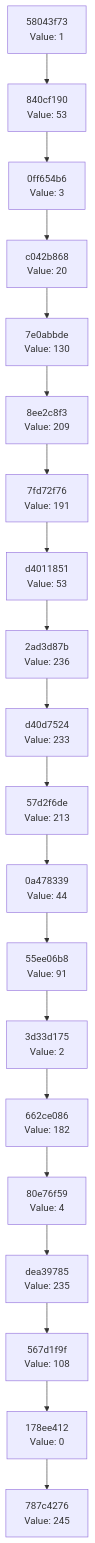
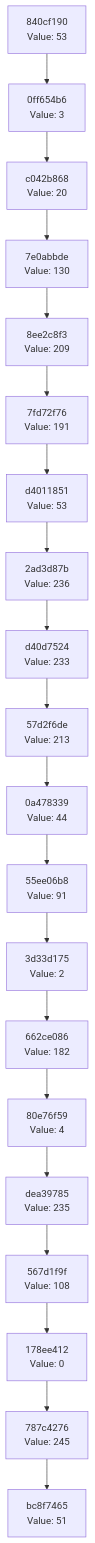
The diagram in docs/CHAIN_VISUALIZATION.md (Abhisheksinha1506/hash-chain-evolver), drawn with Mermaid before and after one commit. The commit also changed 2 other files, not shown here.

Commit message:
Evolution Step

````diff
--- a/docs/CHAIN_VISUALIZATION.md
+++ b/docs/CHAIN_VISUALIZATION.md
@@ -3,42 +3,42 @@
 ```mermaid
 graph TD
-    C0["787c4276<br/>Value: 245"]
-    C1["178ee412<br/>Value: 0"]
+    C0["bc8f7465<br/>Value: 51"]
+    C1["787c4276<br/>Value: 245"]
     C1 --> C0
-    C2["567d1f9f<br/>Value: 108"]
+    C2["178ee412<br/>Value: 0"]
     C2 --> C1
-    C3["dea39785<br/>Value: 235"]
+    C3["567d1f9f<br/>Value: 108"]
     C3 --> C2
-    C4["80e76f59<br/>Value: 4"]
+    C4["dea39785<br/>Value: 235"]
     C4 --> C3
-    C5["662ce086<br/>Value: 182"]
+    C5["80e76f59<br/>Value: 4"]
     C5 --> C4
-    C6["3d33d175<br/>Value: 2"]
+    C6["662ce086<br/>Value: 182"]
     C6 --> C5
-    C7["55ee06b8<br/>Value: 91"]
+    C7["3d33d175<br/>Value: 2"]
     C7 --> C6
-    C8["0a478339<br/>Value: 44"]
+    C8["55ee06b8<br/>Value: 91"]
     C8 --> C7
-    C9["57d2f6de<br/>Value: 213"]
+    C9["0a478339<br/>Value: 44"]
     C9 --> C8
-    C10["d40d7524<br/>Value: 233"]
+    C10["57d2f6de<br/>Value: 213"]
     C10 --> C9
-    C11["2ad3d87b<br/>Value: 236"]
+    C11["d40d7524<br/>Value: 233"]
     C11 --> C10
-    C12["d4011851<br/>Value: 53"]
+    C12["2ad3d87b<br/>Value: 236"]
     C12 --> C11
-    C13["7fd72f76<br/>Value: 191"]
+    C13["d4011851<br/>Value: 53"]
     C13 --> C12
-    C14["8ee2c8f3<br/>Value: 209"]
+    C14["7fd72f76<br/>Value: 191"]
     C14 --> C13
-    C15["7e0abbde<br/>Value: 130"]
+    C15["8ee2c8f3<br/>Value: 209"]
     C15 --> C14
-    C16["c042b868<br/>Value: 20"]
+    C16["7e0abbde<br/>Value: 130"]
     C16 --> C15
-    C17["0ff654b6<br/>Value: 3"]
+    C17["c042b868<br/>Value: 20"]
     C17 --> C16
-    C18["840cf190<br/>Value: 53"]
+    C18["0ff654b6<br/>Value: 3"]
     C18 --> C17
-    C19["58043f73<br/>Value: 1"]
+    C19["840cf190<br/>Value: 53"]
     C19 --> C18
 ```
````
